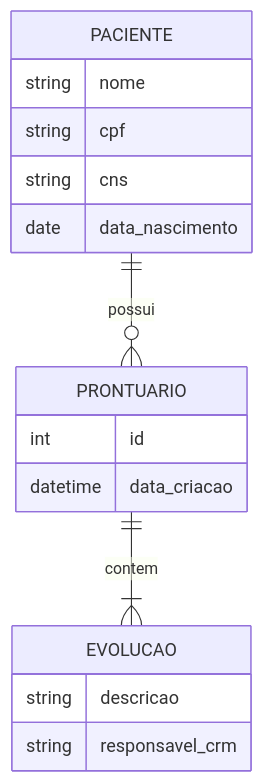
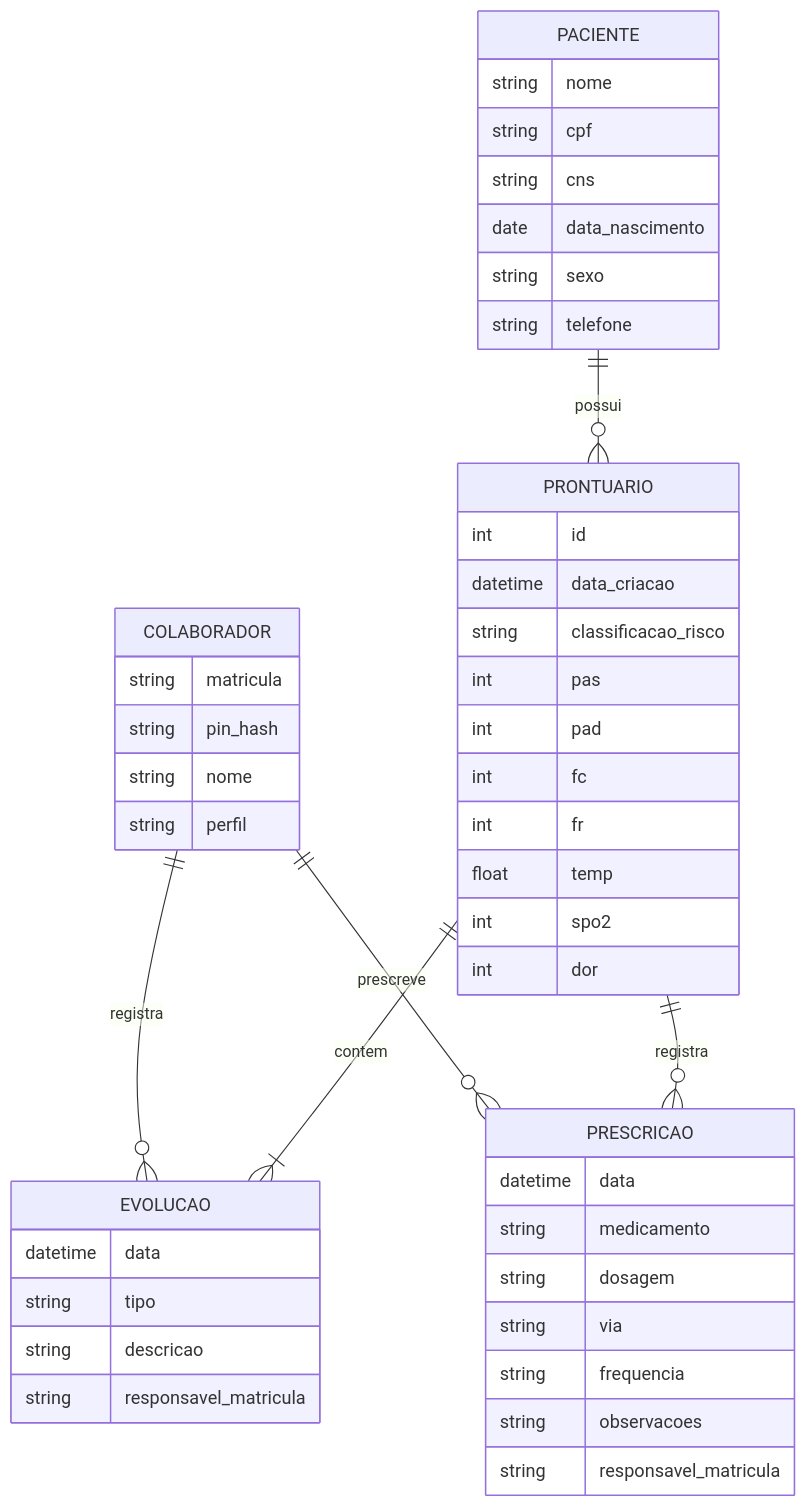
The diagram in docs/04-modelo-dados.md (Nesomar/projeto-hospitalar), drawn with Mermaid before and after one commit. The commit also changed other lines of this file and 36 other files, not shown here.

First line of the commit message:
feat: auth matricula+PIN docs/specs e fundacao de dados do backend

````diff
--- a/docs/04-modelo-dados.md
+++ b/docs/04-modelo-dados.md
@@ -4,19 +4,49 @@
 ```mermaid
 erDiagram
+    COLABORADOR ||--o{ EVOLUCAO : registra
+    COLABORADOR ||--o{ PRESCRICAO : prescreve
+    COLABORADOR {
+        string matricula
+        string pin_hash
+        string nome
+        string perfil
+    }
     PACIENTE ||--o{ PRONTUARIO : possui
     PACIENTE {
         string nome
         string cpf
         string cns
         date data_nascimento
+        string sexo
+        string telefone
     }
     PRONTUARIO ||--|{ EVOLUCAO : contem
+    PRONTUARIO ||--o{ PRESCRICAO : registra
     PRONTUARIO {
         int id
         datetime data_criacao
+        string classificacao_risco
+        int pas
+        int pad
+        int fc
+        int fr
+        float temp
+        int spo2
+        int dor
     }
     EVOLUCAO {
+        datetime data
+        string tipo
         string descricao
-        string responsavel_crm
+        string responsavel_matricula
+    }
+    PRESCRICAO {
+        datetime data
+        string medicamento
+        string dosagem
+        string via
+        string frequencia
+        string observacoes
+        string responsavel_matricula
     }
 ```
````
